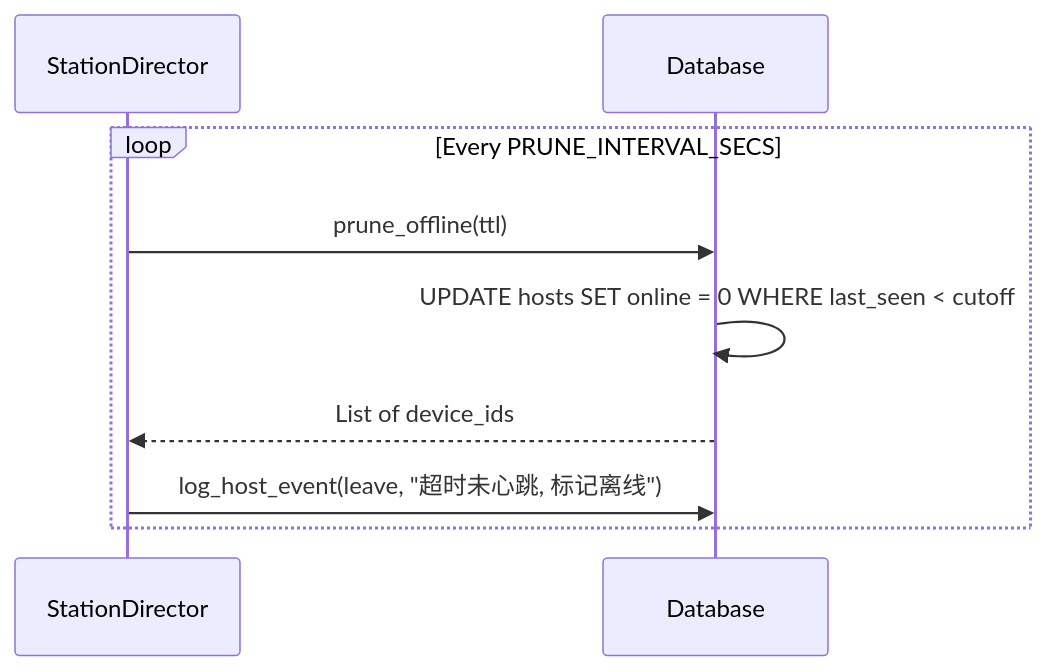
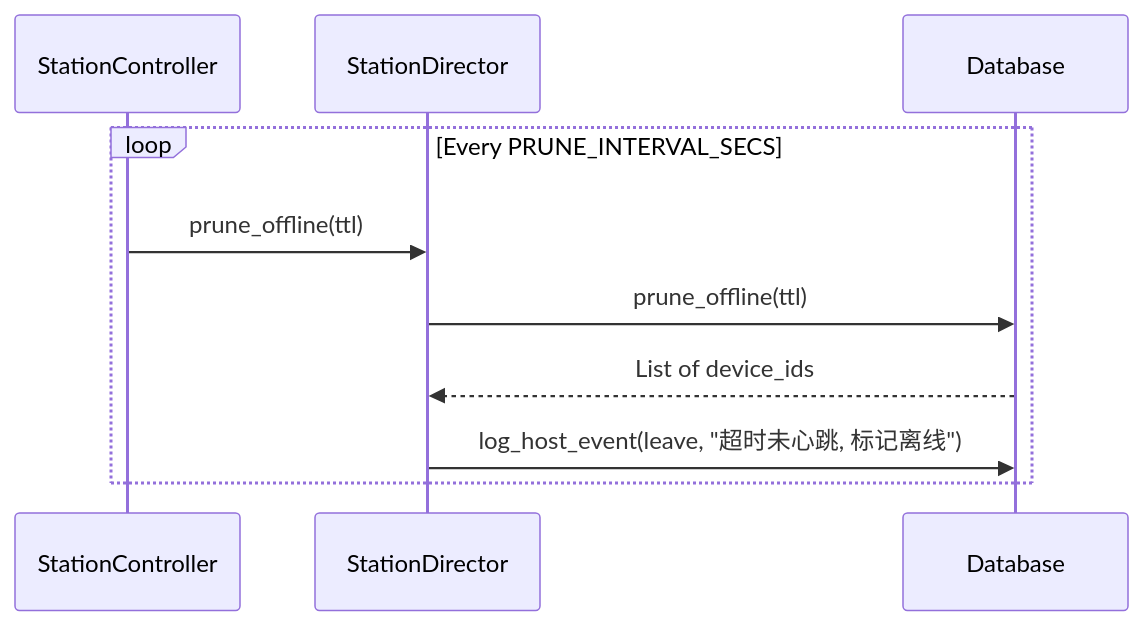
One commit to targalian/Personal-distributed-workstation changed diagram 13 of 18 in .qoder/repowiki/zh/content/核心模块/设备发现系统.md. Above: the diagram before and after it, drawn with Mermaid. The commit also changed other lines of this file and 117 other files, not shown here.

````diff
--- a/.qoder/repowiki/zh/content/核心模块/设备发现系统.md
+++ b/.qoder/repowiki/zh/content/核心模块/设备发现系统.md
@@ -519,11 +637,12 @@
 ```mermaid
 sequenceDiagram
+participant SC as StationController
 participant SD as StationDirector
 participant DB as Database
 loop Every PRUNE_INTERVAL_SECS
+SC->>SD : prune_offline(ttl)
 SD->>DB : prune_offline(ttl)
-DB->>DB : UPDATE hosts SET online = 0 WHERE last_seen < cutoff
 DB-->>SD : List of device_ids
 SD->>DB : log_host_event(leave, "超时未心跳, 标记离线")
 end
 ```
````
